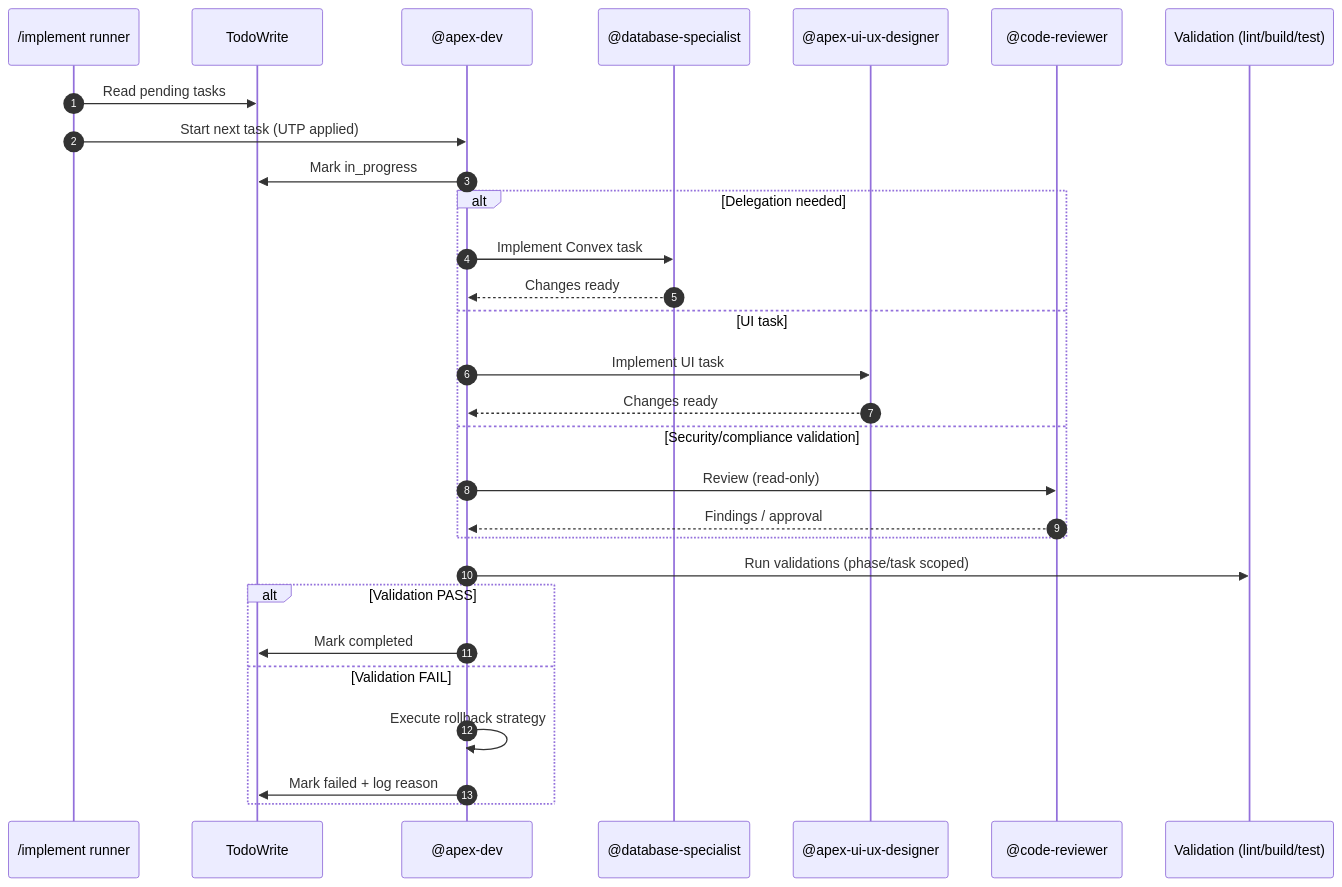
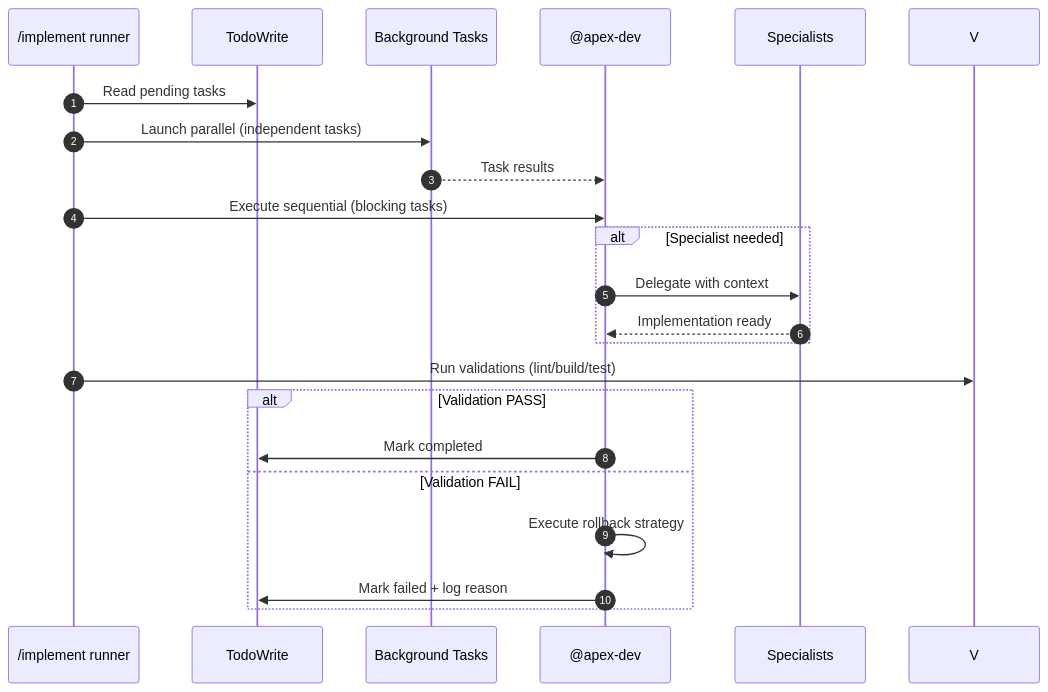
The diagram in .opencode/command/implement.md (GrupoUS/gpus), drawn with Mermaid before and after one commit. The commit also changed other lines of this file and 5 other files, not shown here.

First line of the commit message:
Refactor roadmap tools to todoread/todowrite

````diff
--- a/.opencode/command/implement.md
+++ b/.opencode/command/implement.md
@@ -291,34 +270,27 @@
 ```mermaid
 sequenceDiagram
   autonumber
   participant R as /implement runner
   participant TD as TodoWrite
+  participant BG as Background Tasks
   participant AD as @apex-dev
-  participant DS as @database-specialist
-  participant UX as @apex-ui-ux-designer
-  participant CR as @code-reviewer
-  participant V as Validation (lint/build/test)
+  participant Spec as Specialists
 
   R->>TD: Read pending tasks
-  R->>AD: Start next task (UTP applied)
-  AD->>TD: Mark in_progress
+  R->>BG: Launch parallel (independent tasks)
+  BG-->>AD: Task results
+  R->>AD: Execute sequential (blocking tasks)
 
-  alt Delegation needed
-    AD->>DS: Implement Convex task
-    DS-->>AD: Changes ready
-  else UI task
-    AD->>UX: Implement UI task
-    UX-->>AD: Changes ready
-  else Security/compliance validation
-    AD->>CR: Review (read-only)
-    CR-->>AD: Findings / approval
+  alt Specialist needed
+    AD->>Spec: Delegate with context
+    Spec-->>AD: Implementation ready
   end
 
-  AD->>V: Run validations (phase/task scoped)
+  R->>V: Run validations (lint/build/test)
   alt Validation PASS
     AD->>TD: Mark completed
   else Validation FAIL
     AD->>AD: Execute rollback strategy
     AD->>TD: Mark failed + log reason
   end
 ```
````
